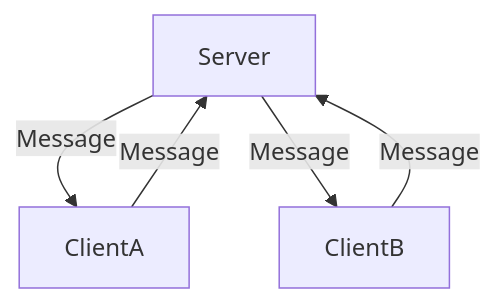
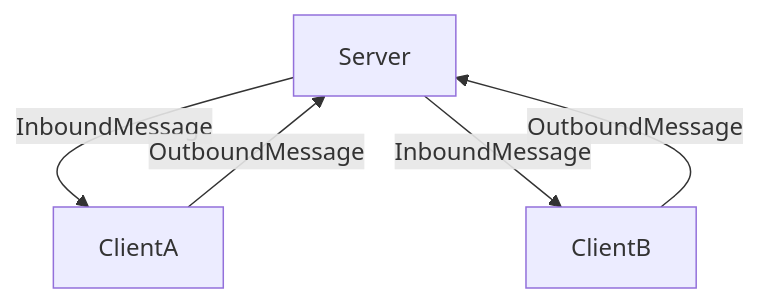
One commit to CharlieTap/synk changed the diagram in README.md. Above: the diagram before and after it, drawn with Mermaid. The commit also changed other lines of this file and 5 other files, not shown here.

````diff
--- a/README.md
+++ b/README.md
@@ -43,7 +45,7 @@
 ```mermaid
 graph TD;
- Server--Message-->ClientA;
- Server--Message-->ClientB;
- ClientA--Message-->Server;
- ClientB--Message-->Server;
+ Server--InboundMessage-->ClientA;
+ Server--InboundMessage-->ClientB;
+ ClientA--OutboundMessage-->Server;
+ ClientB--OutboundMessage-->Server;
 ```
````
